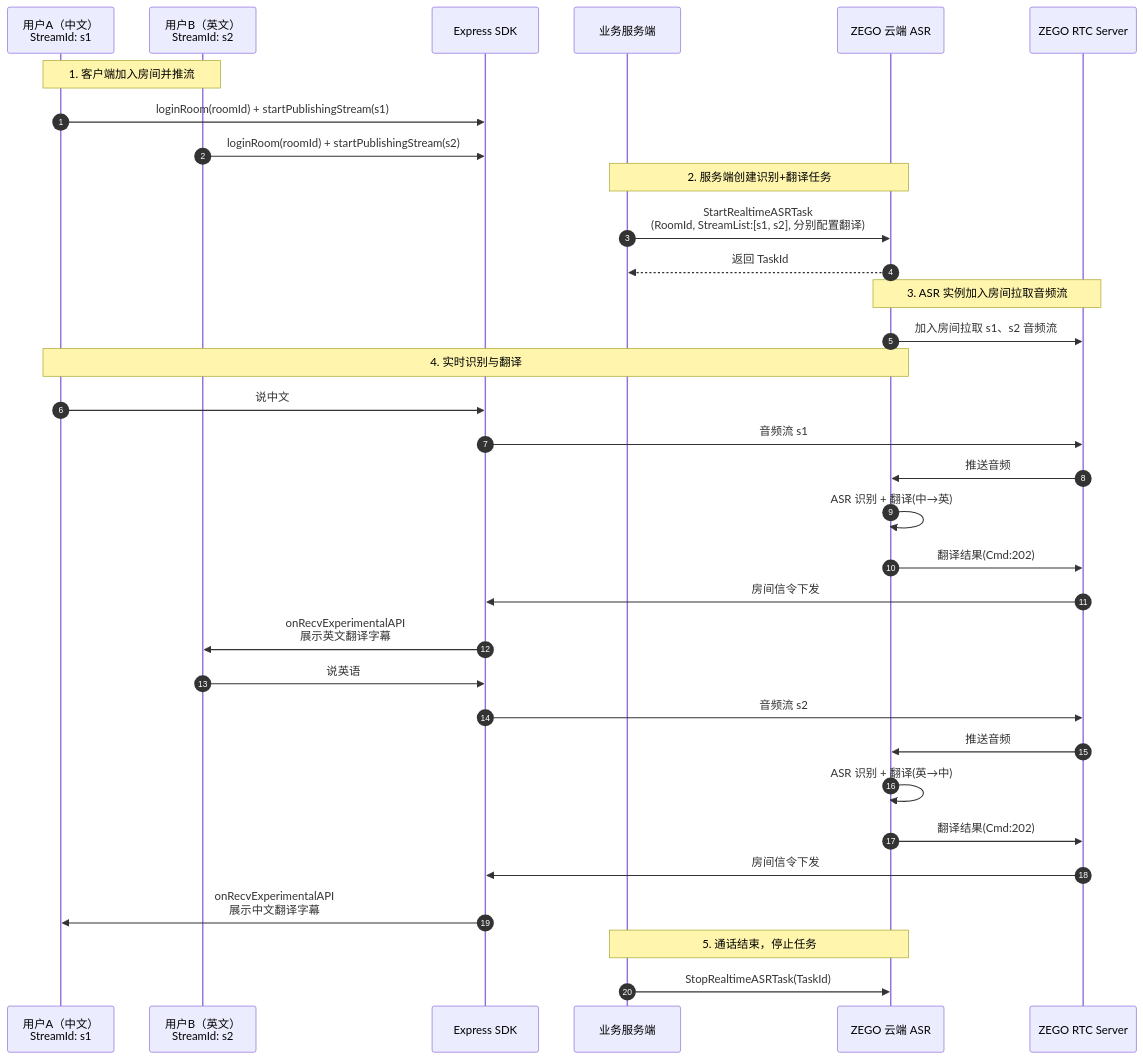
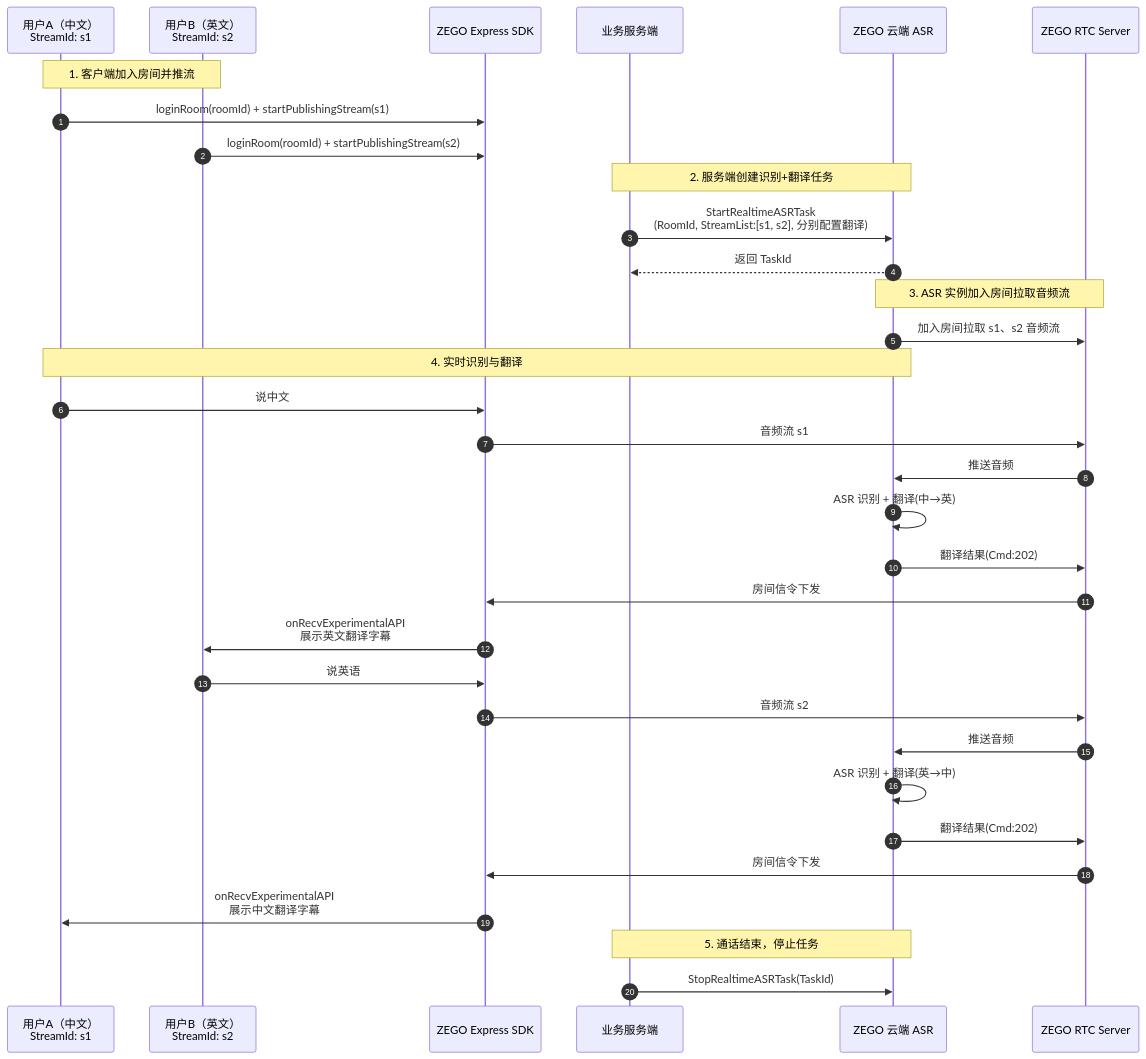
The diagram in extended_services/cloud-realtime-asr/zh/server/best-practices/translate-subtitles-during-1-on-1-calls.mdx (ZEGOCLOUD/docs_all), drawn with Mermaid before and after one commit. The commit also changed other lines of this file and 3 other files, not shown here.

````diff
--- a/extended_services/cloud-realtime-asr/zh/server/best-practices/translate-subtitles-during-1-on-1-calls.mdx
+++ b/extended_services/cloud-realtime-asr/zh/server/best-practices/translate-subtitles-during-1-on-1-calls.mdx
@@ -22,41 +22,41 @@
 ```mermaid
 sequenceDiagram
     autonumber
     participant UserA as 用户A（中文）<br/>StreamId: s1
     participant UserB as 用户B（英文）<br/>StreamId: s2
-    participant ExpressSDK as Express SDK
+    participant ExpressSDK as ZEGO Express SDK
     participant Server as 业务服务端
     participant ZEGO as ZEGO 云端 ASR
     participant ZEGORTC as ZEGO RTC Server
 
     Note over UserA, UserB: 1. 客户端加入房间并推流
     UserA->>ExpressSDK: loginRoom(roomId) + startPublishingStream(s1)
     UserB->>ExpressSDK: loginRoom(roomId) + startPublishingStream(s2)
 
     Note over Server, ZEGO: 2. 服务端创建识别+翻译任务
     Server->>ZEGO: StartRealtimeASRTask<br/>(RoomId, StreamList:[s1, s2], 分别配置翻译)
     ZEGO-->>Server: 返回 TaskId
 
     Note over ZEGO, ZEGORTC: 3. ASR 实例加入房间拉取音频流
     ZEGO->>ZEGORTC: 加入房间拉取 s1、s2 音频流
 
     Note over UserA, ZEGO: 4. 实时识别与翻译
     UserA->>ExpressSDK: 说中文
     ExpressSDK->>ZEGORTC: 音频流 s1
     ZEGORTC->>ZEGO: 推送音频
     ZEGO->>ZEGO: ASR 识别 + 翻译(中→英)
     ZEGO->>ZEGORTC: 翻译结果(Cmd:202)
     ZEGORTC->>ExpressSDK: 房间信令下发
     ExpressSDK->>UserB: onRecvExperimentalAPI<br/>展示英文翻译字幕
 
     UserB->>ExpressSDK: 说英语
     ExpressSDK->>ZEGORTC: 音频流 s2
     ZEGORTC->>ZEGO: 推送音频
     ZEGO->>ZEGO: ASR 识别 + 翻译(英→中)
     ZEGO->>ZEGORTC: 翻译结果(Cmd:202)
     ZEGORTC->>ExpressSDK: 房间信令下发
     ExpressSDK->>UserA: onRecvExperimentalAPI<br/>展示中文翻译字幕
 
     Note over Server, ZEGO: 5. 通话结束，停止任务
     Server->>ZEGO: StopRealtimeASRTask(TaskId)
 ```
````
